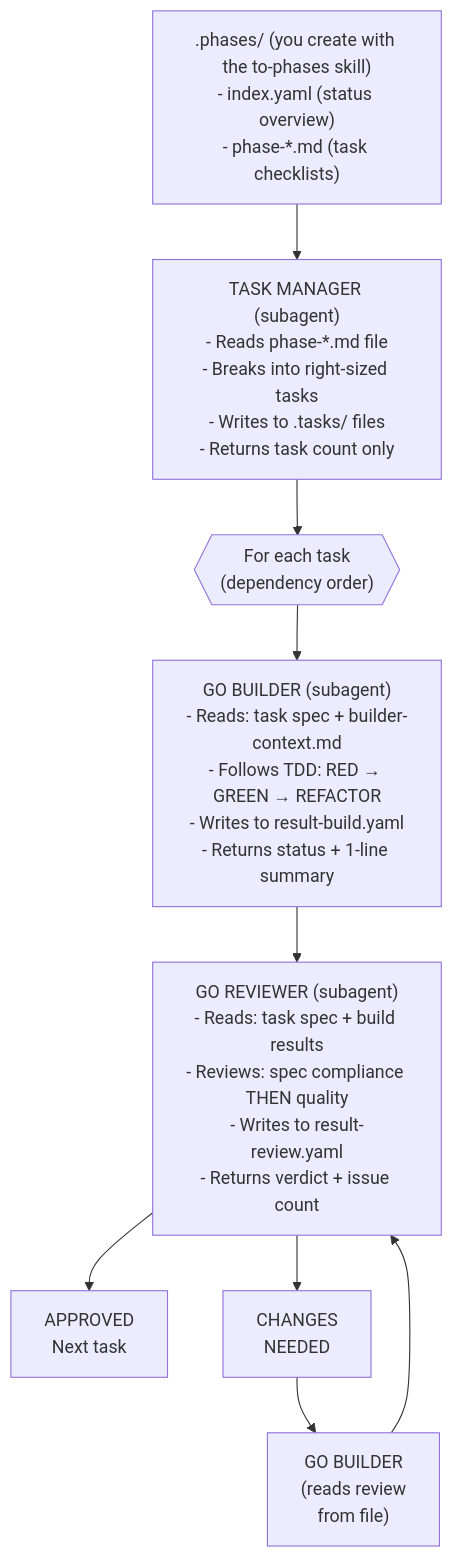
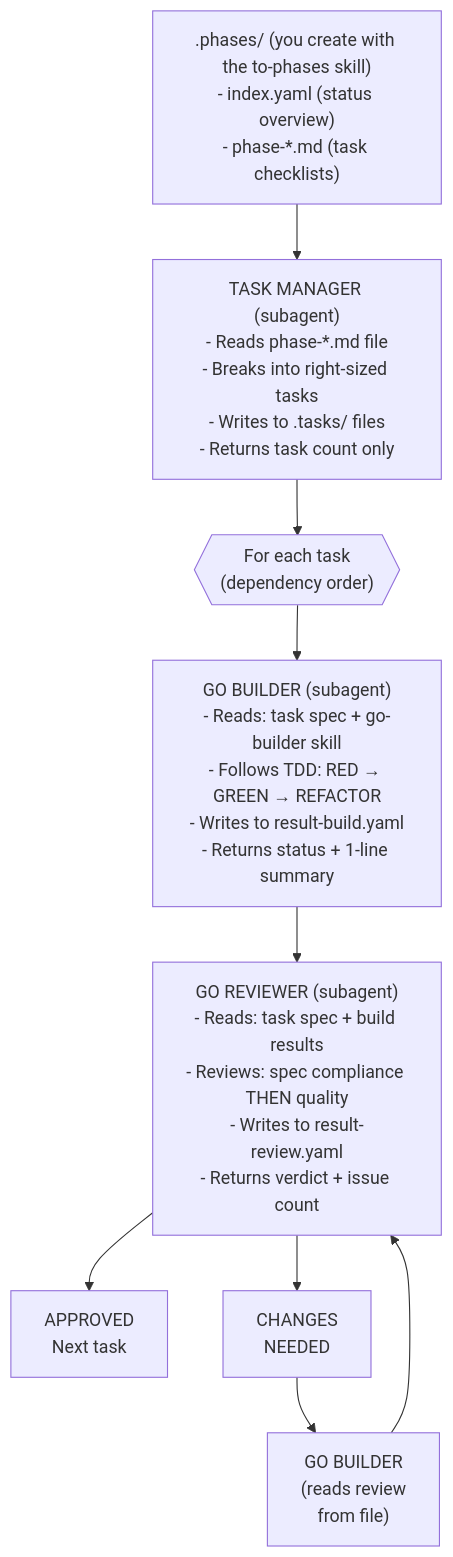
One commit to curtbushko/nixos-config changed the diagram in modules/home/llm/skills/go-team/SKILL.md. Above: the diagram before and after it, drawn with Mermaid. The commit also changed other lines of this file and 18 other files, not shown here.

````diff
--- a/modules/home/llm/skills/go-team/SKILL.md
+++ b/modules/home/llm/skills/go-team/SKILL.md
@@ -20,25 +20,25 @@
 ```mermaid
 flowchart TD
     PLANS[".phases/ (you create with the to-phases skill)<br/>- index.yaml (status overview)<br/>- phase-*.md (task checklists)"]
 
     TASK_MGR["TASK MANAGER (subagent)<br/>- Reads phase-*.md file<br/>- Breaks into right-sized tasks<br/>- Writes to .tasks/ files<br/>- Returns task count only"]
 
     LOOP{{"For each task<br/>(dependency order)"}}
 
-    BUILDER["GO BUILDER (subagent)<br/>- Reads: task spec + builder-context.md<br/>- Follows TDD: RED → GREEN → REFACTOR<br/>- Writes to result-build.yaml<br/>- Returns status + 1-line summary"]
+    BUILDER["GO BUILDER (subagent)<br/>- Reads: task spec + go-builder skill<br/>- Follows TDD: RED → GREEN → REFACTOR<br/>- Writes to result-build.yaml<br/>- Returns status + 1-line summary"]
 
     REVIEWER["GO REVIEWER (subagent)<br/>- Reads: task spec + build results<br/>- Reviews: spec compliance THEN quality<br/>- Writes to result-review.yaml<br/>- Returns verdict + issue count"]
 
     APPROVED["APPROVED<br/>Next task"]
     CHANGES["CHANGES<br/>NEEDED"]
     FIX["GO BUILDER<br/>(reads review<br/>from file)"]
 
     PLANS --> TASK_MGR
     TASK_MGR --> LOOP
     LOOP --> BUILDER
     BUILDER --> REVIEWER
     REVIEWER --> APPROVED
     REVIEWER --> CHANGES
     CHANGES --> FIX
     FIX --> REVIEWER
 ```
````
